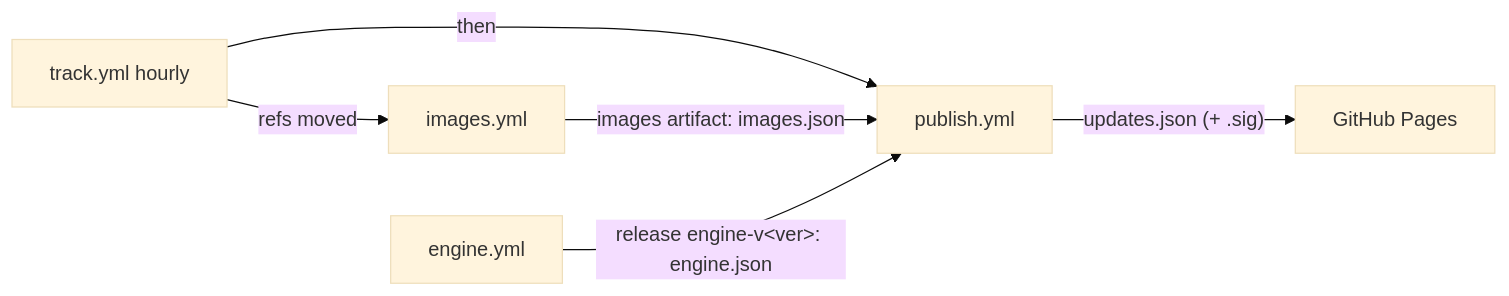
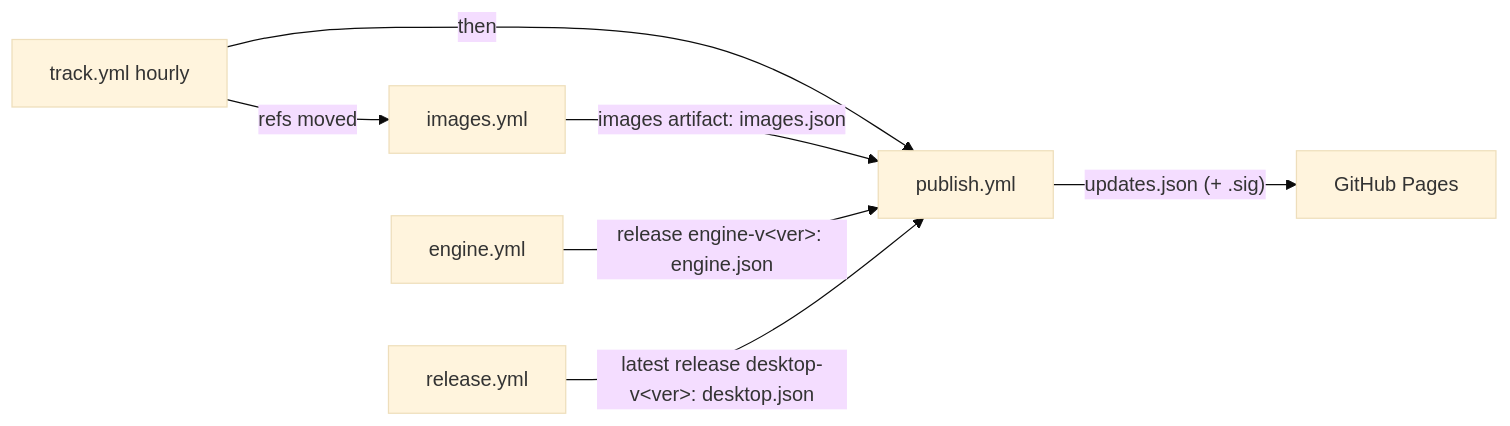
The diagram in docs/ci-publishing.md (praffq/care_clinic), drawn with Mermaid (base theme) before and after one commit. The commit also changed other lines of this file and 10 other files, not shown here.

First line of the commit message:
Desktop releases: draft as latest, publish to the feed, update from the fork (#44)

````diff
--- a/docs/ci-publishing.md
+++ b/docs/ci-publishing.md
@@ -12,8 +12,9 @@
 ```mermaid
 flowchart LR
   track[track.yml hourly] -->|refs moved| images
   track -->|then| publish
   images[images.yml] -->|"images" artifact: images.json| publish[publish.yml]
   engine[engine.yml] -->|"release engine-v&lt;ver&gt;: engine.json"| publish
+  release[release.yml] -->|"latest release desktop-v&lt;ver&gt;: desktop.json"| publish
   publish -->|"updates.json (+ .sig)"| pages[GitHub Pages]
 ```
````
